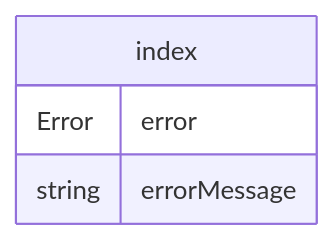
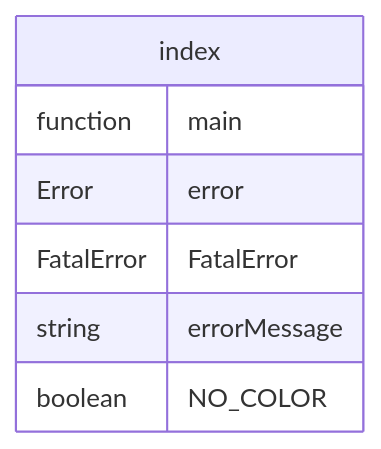
One commit to Joker-of-Gotham/AI-CLI changed the second of 2 diagrams in documentation/packages/cli/index.ts.md. Above: the diagram before and after it, drawn with Mermaid. The commit also changed other lines of this file and 127 other files, not shown here.

Commit message:
add graph view of all the project

````diff
--- a/documentation/packages/cli/index.ts.md
+++ b/documentation/packages/cli/index.ts.md
@@ -38,7 +40,10 @@
 ```mermaid
 erDiagram
     index {
+        function main
         Error error
+        FatalError FatalError
         string errorMessage
+        boolean NO_COLOR
     }
 ```
````
